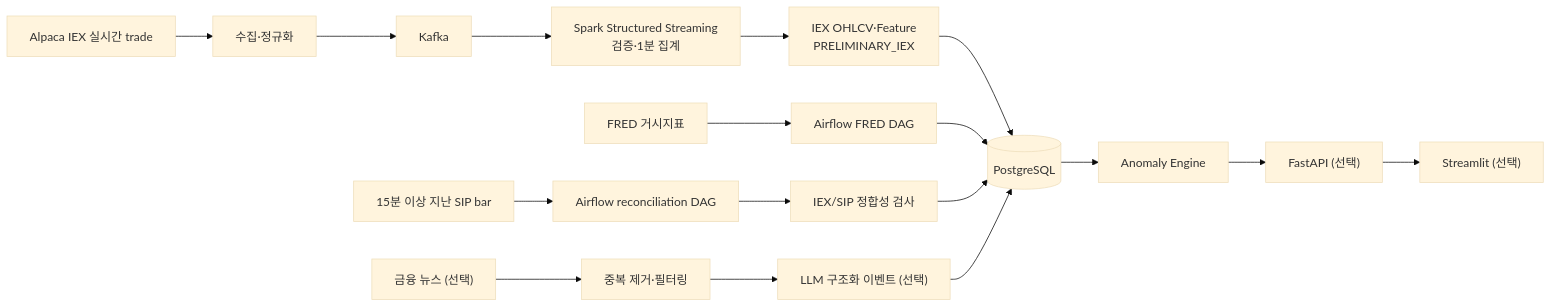
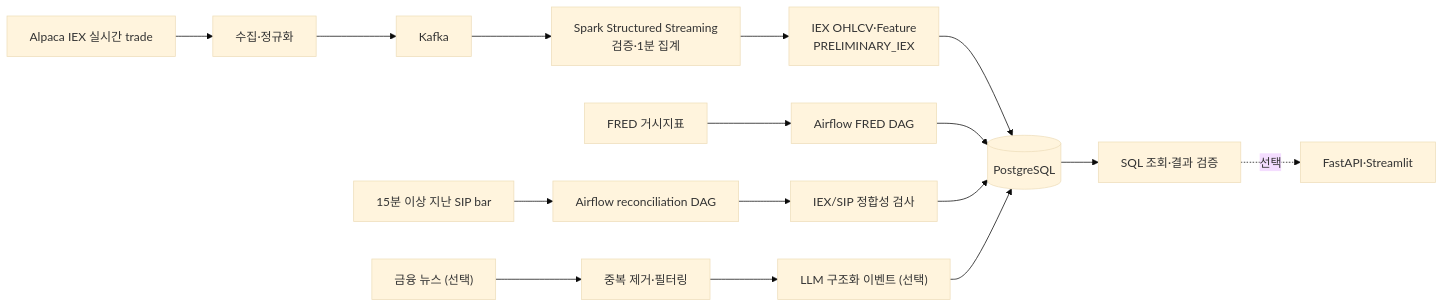
Before and after one commit to hjh6709/us-market-intelligence-pipeline: the diagram in README.md, drawn with Mermaid (base theme). The commit also changed other lines of this file, not shown here.

Commit message:
docs: clarify MVP analysis flow for mentor review

````diff
--- a/README.md
+++ b/README.md
@@ -39,22 +80,21 @@
 ```mermaid
 flowchart LR
     Market["Alpaca IEX 실시간 trade"] --> Normalize["수집·정규화"]
     Normalize --> Kafka["Kafka"]
     Kafka --> Spark["Spark Structured Streaming\n검증·1분 집계"]
     Spark --> Bars["IEX OHLCV·Feature\nPRELIMINARY_IEX"]
     Bars --> DB[("PostgreSQL")]
 
     Macro["FRED 거시지표"] --> MacroDAG["Airflow FRED DAG"]
     MacroDAG --> DB
     SIP["15분 이상 지난 SIP bar"] --> ReconcileDAG["Airflow reconciliation DAG"]
     ReconcileDAG --> Reconcile["IEX/SIP 정합성 검사"]
     Reconcile --> DB
 
     News["금융 뉴스 (선택)"] --> Filter["중복 제거·필터링"]
     Filter --> Event["LLM 구조화 이벤트 (선택)"]
     Event --> DB
 
-    DB --> Signal["Anomaly Engine"]
-    Signal --> API["FastAPI (선택)"]
-    API --> Dashboard["Streamlit (선택)"]
+    DB --> Query["SQL 조회·결과 검증"]
+    Query -. 선택 .-> API["FastAPI·Streamlit"]
 ```
````
